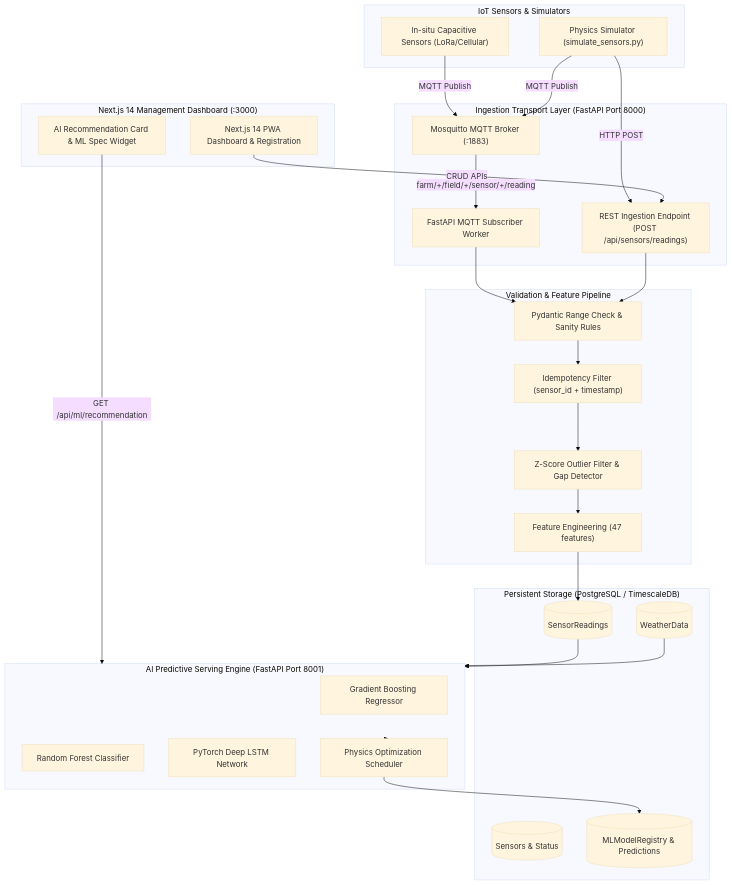
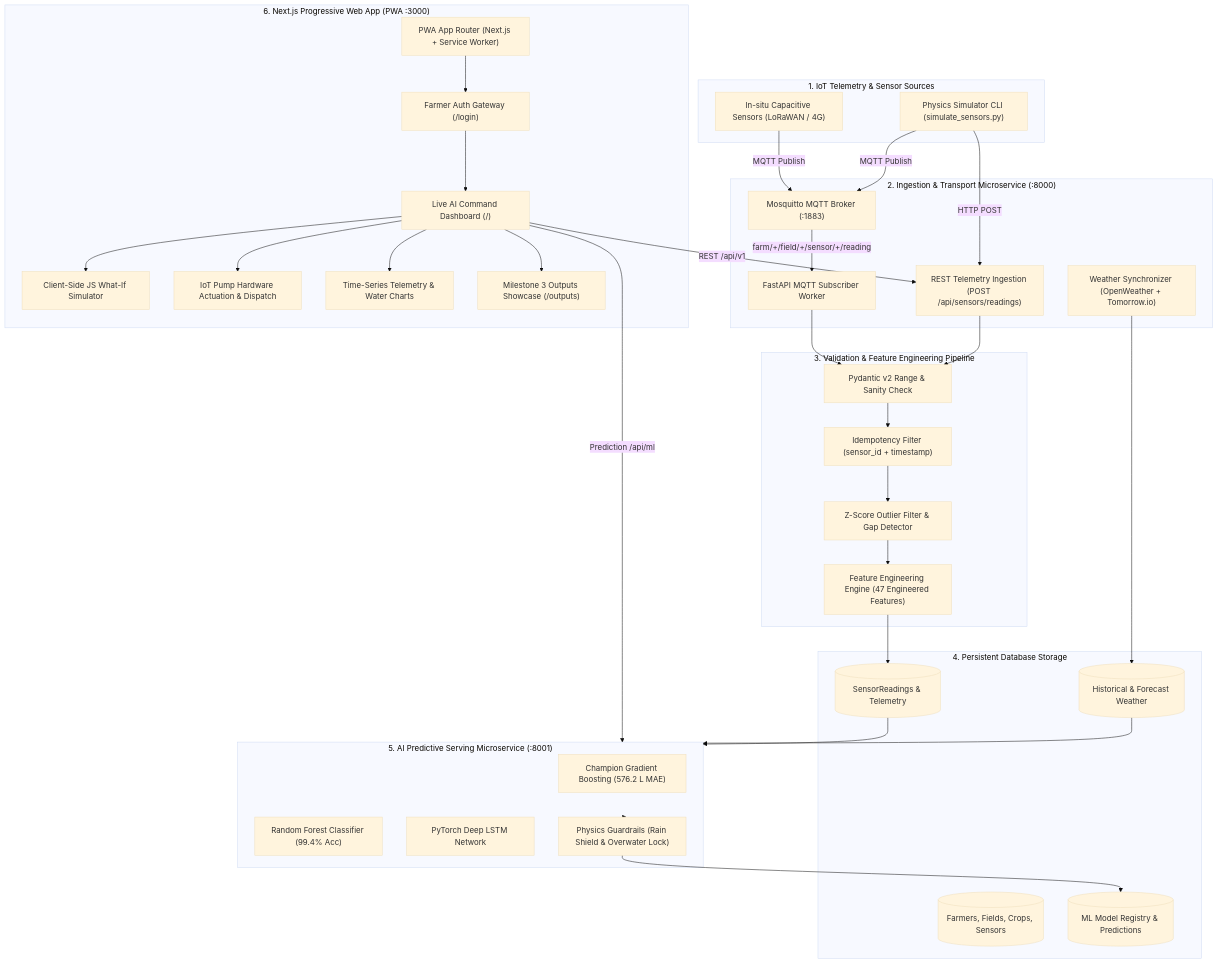
Before and after one commit to abir1010200/Abir-Chatterjee-SpringboardInternship: the diagram in README.md, drawn with Mermaid (base theme). The commit also changed other lines of this file and 62 other files, not shown here.

Commit message:
feat(milestone-3): complete Milestone 3 full-stack PWA, outputs showcase, What-If simulator, and comprehensive README documentation

````diff
--- a/README.md
+++ b/README.md
@@ -27,59 +73,72 @@
 ```mermaid
 flowchart TD
-    subgraph Telemetry_Sources["IoT Sensors & Simulators"]
-        S_Real["In-situ Capacitive Sensors (LoRa/Cellular)"]
-        S_Sim["Physics Simulator (simulate_sensors.py)"]
+    subgraph Telemetry_Layer["1. IoT Telemetry & Sensor Sources"]
+        S_Real["In-situ Capacitive Sensors (LoRaWAN / 4G)"]
+        S_Sim["Physics Simulator CLI (simulate_sensors.py)"]
     end
 
-    subgraph Ingestion_Layer["Ingestion Transport Layer (FastAPI Port 8000)"]
+    subgraph Ingestion_Layer["2. Ingestion & Transport Microservice (:8000)"]
         MQTT_Broker["Mosquitto MQTT Broker (:1883)"]
         MQTT_Worker["FastAPI MQTT Subscriber Worker"]
-        REST_API["REST Ingestion Endpoint (POST /api/sensors/readings)"]
+        REST_API["REST Telemetry Ingestion (POST /api/sensors/readings)"]
+        Weather_Sync["Weather Synchronizer (OpenWeather + Tomorrow.io)"]
     end
 
-    subgraph Cleaning_Validation["Validation & Feature Pipeline"]
-        Validator["Pydantic Range Check & Sanity Rules"]
+    subgraph Cleaning_Pipeline["3. Validation & Feature Engineering Pipeline"]
+        Validator["Pydantic v2 Range & Sanity Check"]
         Deduplicator["Idempotency Filter (sensor_id + timestamp)"]
         Cleaner["Z-Score Outlier Filter & Gap Detector"]
-        Feat_Eng["Feature Engineering (47 features)"]
+        Feat_Store["Feature Engineering Engine (47 Engineered Features)"]
     end
 
-    subgraph Storage["Persistent Storage (PostgreSQL / TimescaleDB)"]
-        DB_Sensors[("Sensors & Status")]
-        DB_Readings[("SensorReadings")]
-        DB_Weather[("WeatherData")]
-        DB_ML[("MLModelRegistry & Predictions")]
+    subgraph Storage_Layer["4. Persistent Database Storage"]
+        DB_Meta[("Farmers, Fields, Crops, Sensors")]
+        DB_Readings[("SensorReadings & Telemetry")]
+        DB_Weather[("Historical & Forecast Weather")]
+        DB_ML[("ML Model Registry & Predictions")]
     end
 
-    subgraph ML_Engine["AI Predictive Serving Engine (FastAPI Port 8001)"]
-        GBM["Gradient Boosting Regressor"]
-        RF["Random Forest Classifier"]
+    subgraph ML_Engine["5. AI Predictive Serving Microservice (:8001)"]
+        GBM["Champion Gradient Boosting (576.2 L MAE)"]
+        RF["Random Forest Classifier (99.4% Acc)"]
         LSTM["PyTorch Deep LSTM Network"]
-        Scheduler["Physics Optimization Scheduler"]
+        Physics_Scheduler["Physics Guardrails (Rain Shield & Overwater Lock)"]
     end
 
-    subgraph Dashboard["Next.js 14 Management Dashboard (:3000)"]
-        Next_PWA["Next.js 14 PWA Dashboard & Registration"]
-        AI_Widget["AI Recommendation Card & ML Spec Widget"]
+    subgraph Frontend_App["6. Next.js Progressive Web App (PWA :3000)"]
+        PWA_Core["PWA App Router (Next.js + Service Worker)"]
+        Auth_Gate["Farmer Auth Gateway (/login)"]
+        Dash["Live AI Command Dashboard (/)"]
+        JS_Sim["Client-Side JS What-If Simulator"]
+        Pump_Ctrl["IoT Pump Hardware Actuation & Dispatch"]
+        Analytics["Time-Series Telemetry & Water Charts"]
+        Gallery["Milestone 3 Outputs Showcase (/outputs)"]
     end
 
     S_Real -->|MQTT Publish| MQTT_Broker
     S_Sim -->|MQTT Publish| MQTT_Broker
     S_Sim -->|HTTP POST| REST_API
     MQTT_Broker -->|farm/+/field/+/sensor/+/reading| MQTT_Worker
 
     MQTT_Worker --> Validator
     REST_API --> Validator
+    Weather_Sync --> DB_Weather
     Validator --> Deduplicator
     Deduplicator --> Cleaner
-    Cleaner --> Feat_Eng
-    Feat_Eng --> DB_Readings
+    Cleaner --> Feat_Store
+    Feat_Store --> DB_Readings
 
     DB_Readings --> ML_Engine
     DB_Weather --> ML_Engine
-    ML_Engine --> Scheduler
-    Scheduler --> DB_ML
+    ML_Engine --> Physics_Scheduler
+    Physics_Scheduler --> DB_ML
 
-    Next_PWA -->|CRUD APIs| REST_API
-    AI_Widget -->|GET /api/ml/recommendation| ML_Engine
+    PWA_Core --> Auth_Gate
+    Auth_Gate --> Dash
+    Dash --> JS_Sim
+    Dash --> Pump_Ctrl
+    Dash --> Analytics
+    Dash --> Gallery
+    Dash -->|REST /api/v1| REST_API
+    Dash -->|Prediction /api/ml| ML_Engine
 ```
````
